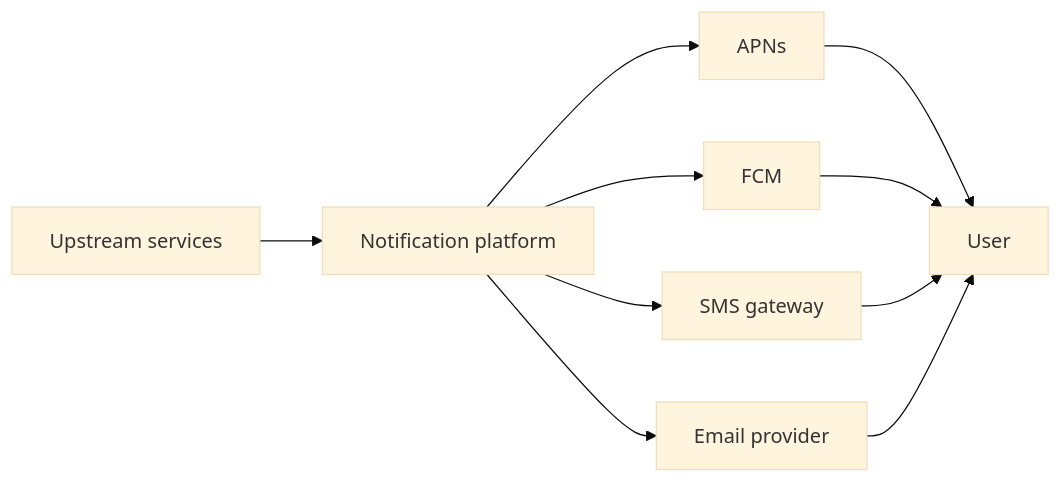
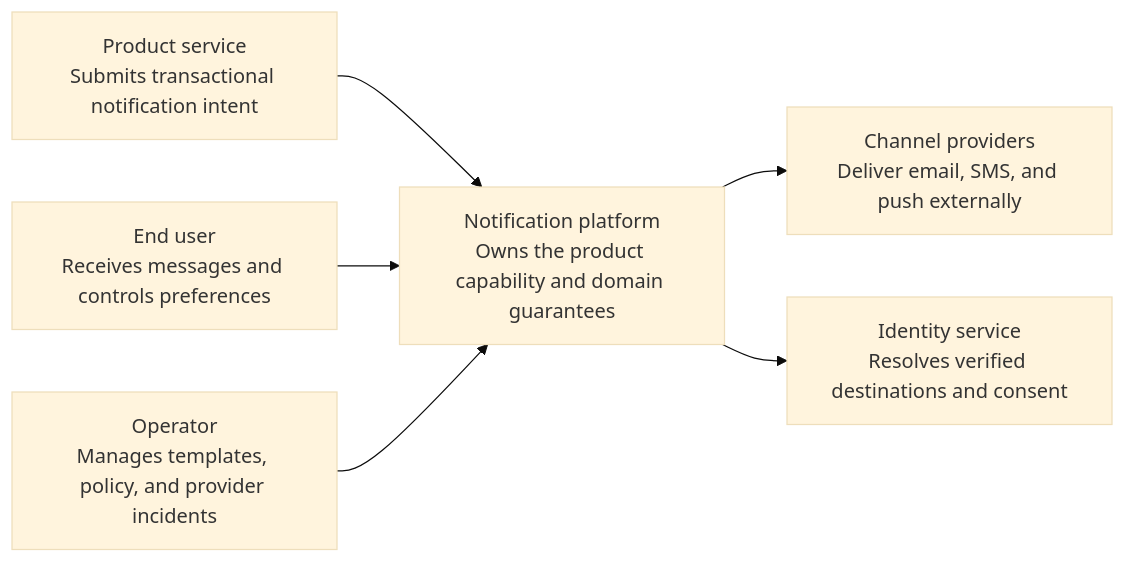
One commit to navaidya/learning changed the first of 5 diagrams in content/system-design/15-notification-system.md. Above: the diagram before and after it, drawn with Mermaid (base theme). The commit also changed other lines of this file and 49 other files, not shown here.

````diff
--- a/content/system-design/15-notification-system.md
+++ b/content/system-design/15-notification-system.md
@@ -34,14 +53,11 @@
 ```mermaid
 flowchart LR
-  accTitle: Notification system context
-  accDescr: Upstream producer services send requests to the notification platform, which delivers through push, SMS, and email providers to user devices.
-  Producer[Upstream services] --> Platform[Notification platform]
-  Platform --> APNs[APNs]
-  Platform --> FCM[FCM]
-  Platform --> SMS[SMS gateway]
-  Platform --> Email[Email provider]
-  APNs --> User
-  FCM --> User
-  SMS --> User
-  Email --> User
+  accTitle: Notification platform system context
+  accDescr: Human and system actors use Notification platform, which integrates with explicitly bounded external capabilities.
+  A1["Product service<br/>Submits transactional notification intent"] --> System
+  A2["End user<br/>Receives messages and controls preferences"] --> System
+  A3["Operator<br/>Manages templates, policy, and provider incidents"] --> System
+  System["Notification platform<br/>Owns the product capability and domain guarantees"]
+  System --> E1["Channel providers<br/>Deliver email, SMS, and push externally"]
+  System --> E2["Identity service<br/>Resolves verified destinations and consent"]
 ```
````
